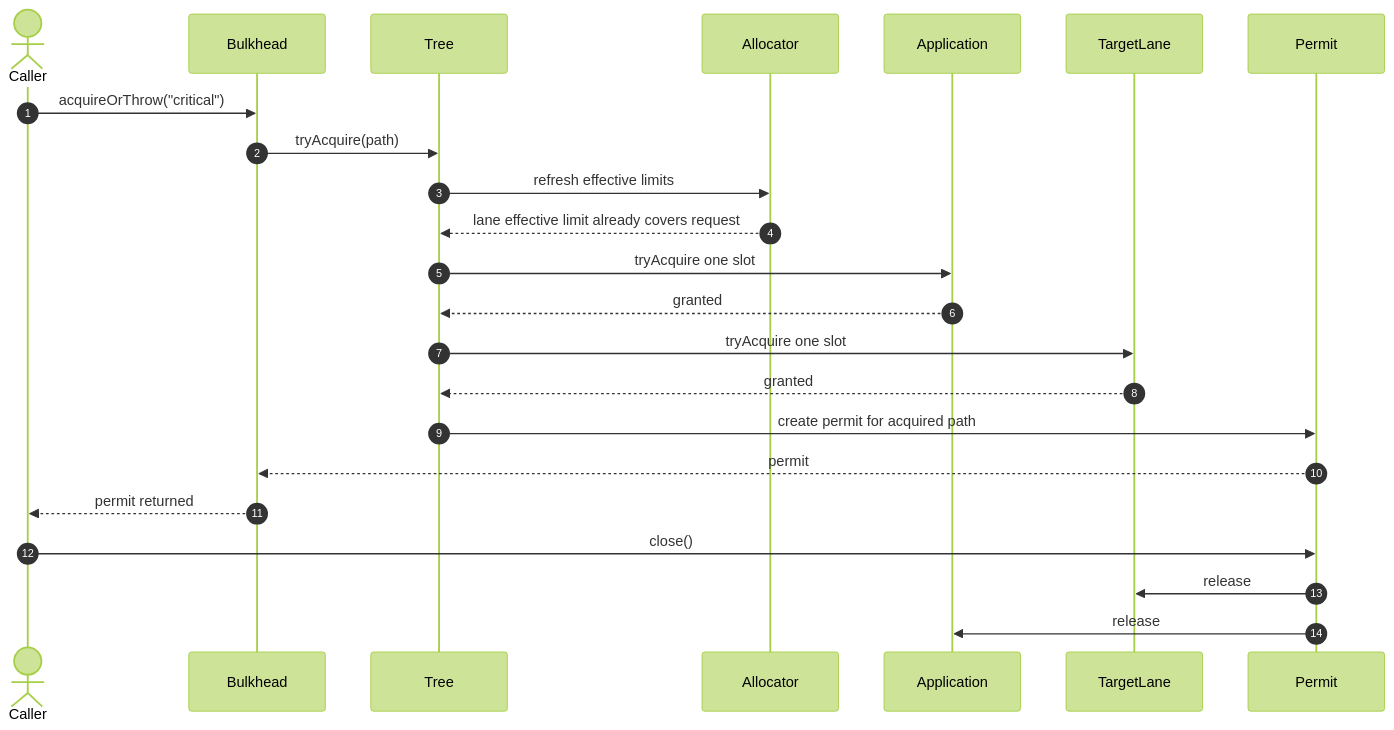
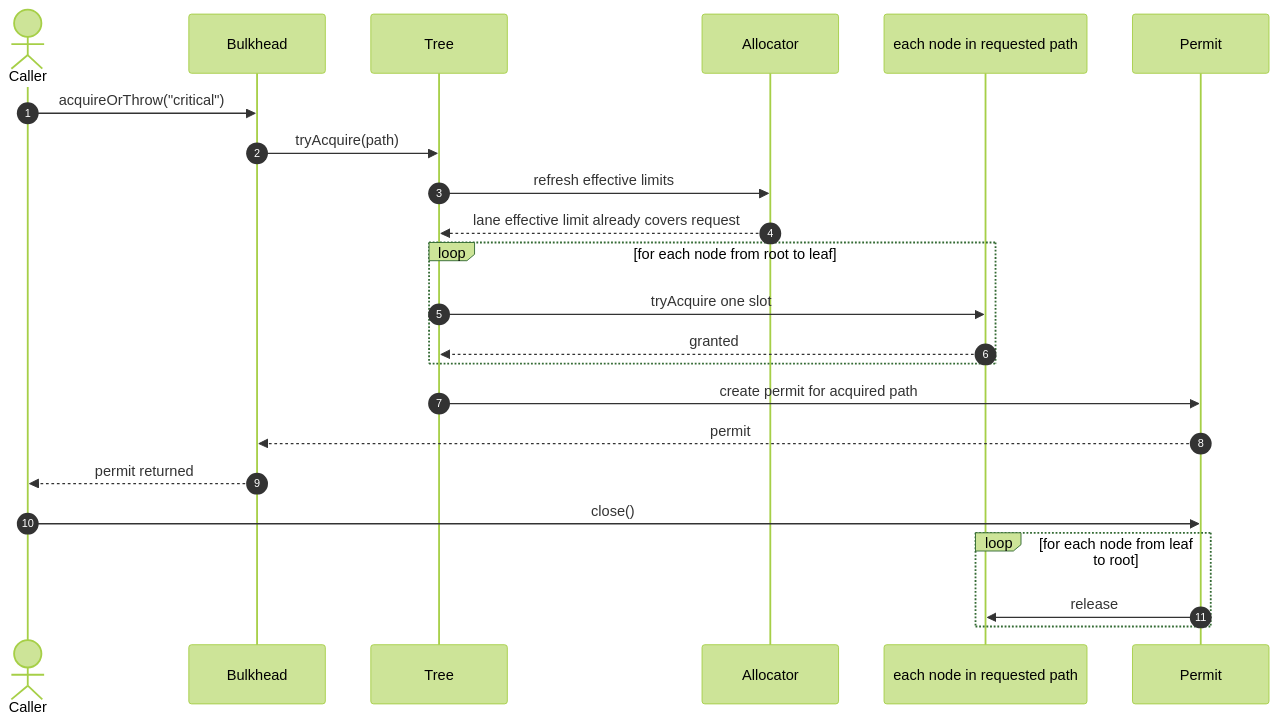
Before and after one commit to rrobetti/adaptive-bulkhead: the first of 4 diagrams in docs/sequence-diagrams.md, drawn with Mermaid (forest theme). The commit also changed other lines of this file, not shown here.

Commit message:
docs: show iteration in sequence diagrams

````diff
--- a/docs/sequence-diagrams.md
+++ b/docs/sequence-diagrams.md
@@ -9,25 +10,25 @@
 ```mermaid
 sequenceDiagram
     autonumber
     actor Caller
     participant Bulkhead
     participant Tree
     participant Allocator
-    participant Application
-    participant TargetLane
+    participant PathNode as each node in requested path
     participant Permit
     Caller->>Bulkhead: acquireOrThrow("critical")
     Bulkhead->>Tree: tryAcquire(path)
     Tree->>Allocator: refresh effective limits
     Allocator-->>Tree: lane effective limit already covers request
-    Tree->>Application: tryAcquire one slot
-    Application-->>Tree: granted
-    Tree->>TargetLane: tryAcquire one slot
-    TargetLane-->>Tree: granted
+    loop for each node from root to leaf
+        Tree->>PathNode: tryAcquire one slot
+        PathNode-->>Tree: granted
+    end
     Tree->>Permit: create permit for acquired path
     Permit-->>Bulkhead: permit
     Bulkhead-->>Caller: permit returned
     Caller->>Permit: close()
-    Permit->>TargetLane: release
-    Permit->>Application: release
+    loop for each node from leaf to root
+        Permit->>PathNode: release
+    end
 ```
````
